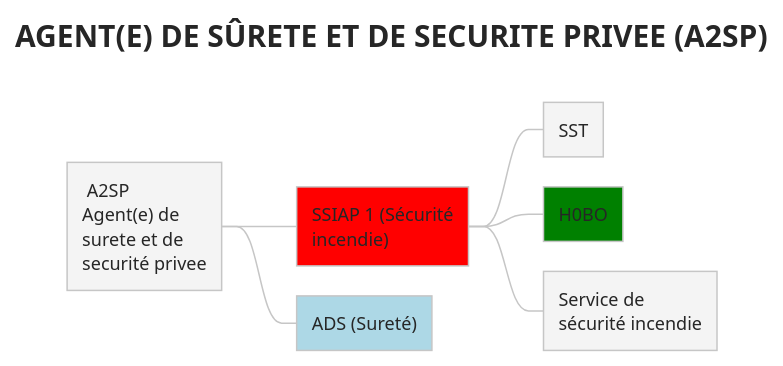
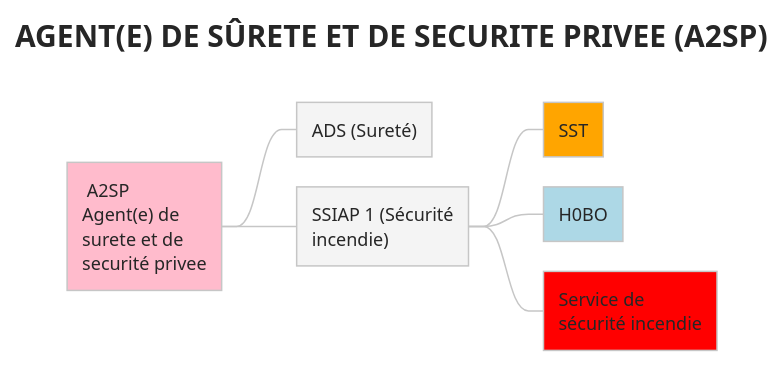
Before and after one commit to cheroliv/formateur: the diagram in ECF/A2SP/A2SP_mindmap.puml, drawn with PlantUML.

Commit message:
ECF A2SP

```diff
--- a/ECF/A2SP/A2SP_mindmap.puml
+++ b/ECF/A2SP/A2SP_mindmap.puml
@@ -1,22 +1,23 @@
 @startmindmap
 'https://plantuml.com/mindmap-diagram
 !theme carbon-gray
 
 title AGENT(E) DE SÛRETE ET DE SECURITE PRIVEE (A2SP)
 
-*: A2SP
+
+*[#FFBBCC]: A2SP
 Agent(e) de surete et de securité privee;
+
+'left side
+
+** ADS (Sureté)
 
 'right side
 
-**[#red] SSIAP 1 (Sécurité incendie)
-*** SST
-***[#green] H0BO
-*** Service de sécurité incendie
-
-'left side
-
-**[#lightblue] ADS (Sureté)
+** SSIAP 1 (Sécurité incendie)
+***[#orange] SST
+***[#lightblue] H0BO
+***[#red] Service de sécurité incendie
 
 
 @endmindmap
```
